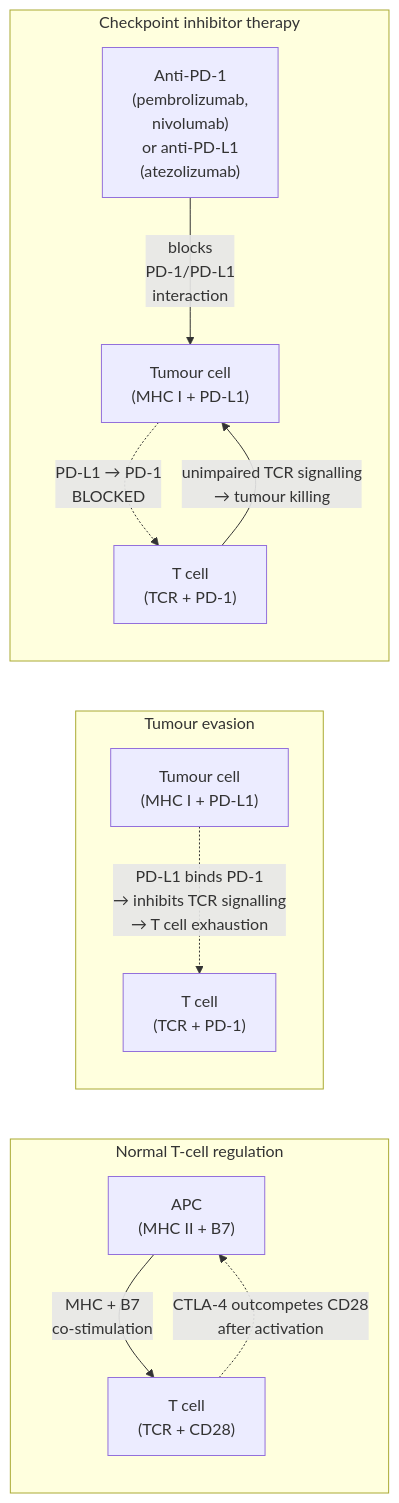
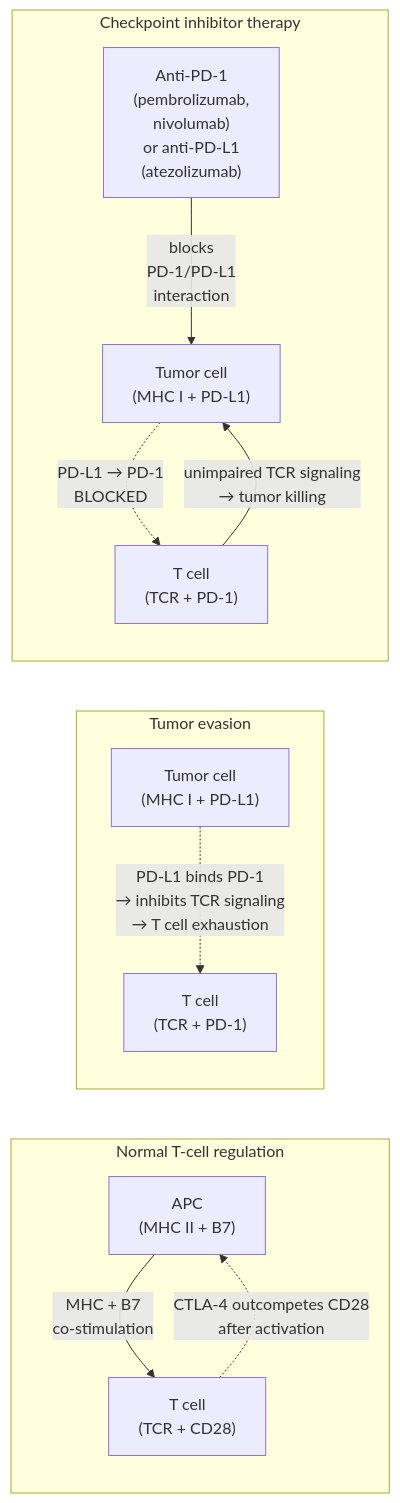
The fourth of 5 diagrams in manuscript/unit_IX/immune_system_defense.md (docxology/biology_textbook), drawn with Mermaid before and after one commit. The commit also changed other lines of this file and 247 other files, not shown here.

````diff
--- a/manuscript/unit_IX/immune_system_defense.md
+++ b/manuscript/unit_IX/immune_system_defense.md
@@ -488,24 +499,24 @@
 ```mermaid
 flowchart LR
     subgraph Normal ["Normal T-cell regulation"]
         APC1["APC<br/>(MHC II + B7)"]
         T1["T cell<br/>(TCR + CD28)"]
         APC1 -->|"MHC + B7<br/>co-stimulation"| T1
         T1 -.->|"CTLA-4 outcompetes CD28<br/>after activation"| APC1
     end
 
-    subgraph Tumor ["Tumour evasion"]
-        Tum["Tumour cell<br/>(MHC I + PD-L1)"]
+    subgraph Tumor ["Tumor evasion"]
+        Tum["Tumor cell<br/>(MHC I + PD-L1)"]
         T2["T cell<br/>(TCR + PD-1)"]
-        Tum -.->|"PD-L1 binds PD-1<br/>→ inhibits TCR signalling<br/>→ T cell exhaustion"| T2
+        Tum -.->|"PD-L1 binds PD-1<br/>→ inhibits TCR signaling<br/>→ T cell exhaustion"| T2
     end
 
     subgraph Therapy ["Checkpoint inhibitor therapy"]
-        Tum2["Tumour cell<br/>(MHC I + PD-L1)"]
+        Tum2["Tumor cell<br/>(MHC I + PD-L1)"]
         T3["T cell<br/>(TCR + PD-1)"]
         Ab["Anti-PD-1<br/>(pembrolizumab,<br/>nivolumab)<br/>or anti-PD-L1<br/>(atezolizumab)"]
         Ab -->|"blocks<br/>PD-1/PD-L1<br/>interaction"| Tum2
         Tum2 -.->|"PD-L1 → PD-1<br/>BLOCKED"| T3
-        T3 -->|"unimpaired TCR signalling<br/>→ tumour killing"| Tum2
+        T3 -->|"unimpaired TCR signaling<br/>→ tumor killing"| Tum2
     end
 ```
````
